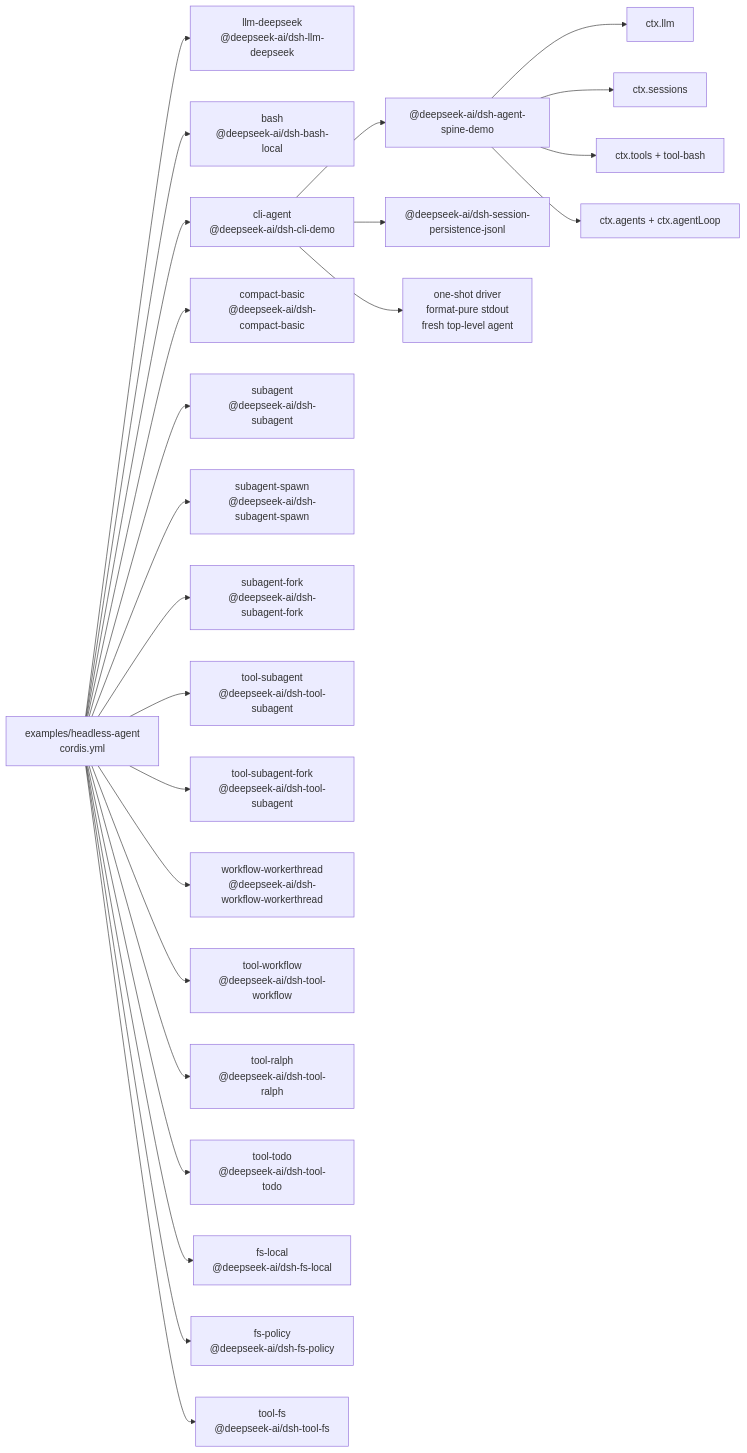
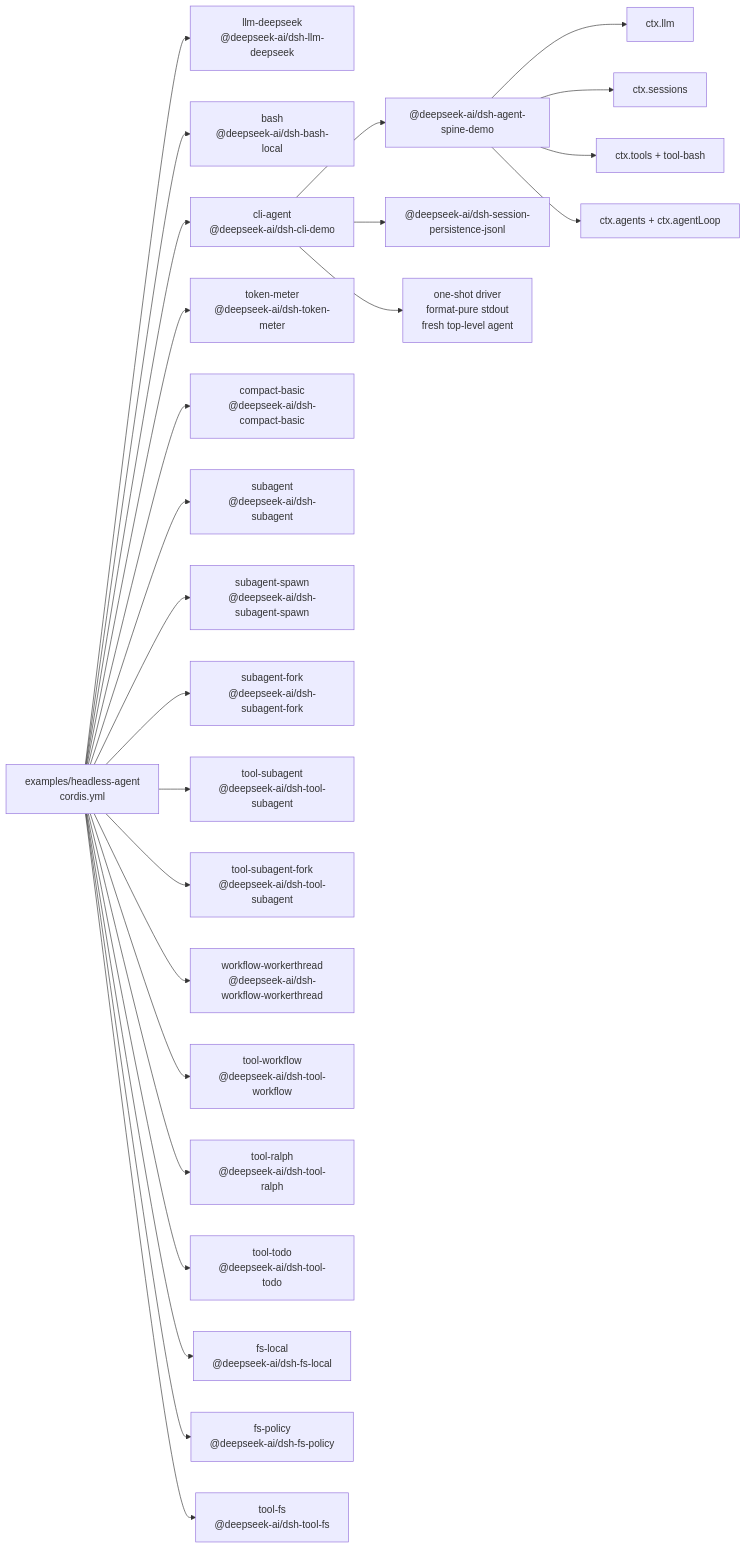
The diagram in examples/headless-agent/composition.md (eru123/coco-harness), drawn with Mermaid before and after one commit. The commit also changed other lines of this file and 56 other files, not shown here.

````diff
--- a/examples/headless-agent/composition.md
+++ b/examples/headless-agent/composition.md
@@ -8,43 +8,45 @@
 ```mermaid
 flowchart LR
   cfg["examples/headless-agent<br/>cordis.yml"]
   plugin_headless_llm_deepseek["llm-deepseek<br/>@deepseek-ai/dsh-llm-deepseek"]
   cfg --> plugin_headless_llm_deepseek
   plugin_headless_bash["bash<br/>@deepseek-ai/dsh-bash-local"]
   cfg --> plugin_headless_bash
   plugin_headless_cli_agent["cli-agent<br/>@deepseek-ai/dsh-cli-demo"]
   cfg --> plugin_headless_cli_agent
   plugin_headless_cli_agent --> bundle_agent_core["@deepseek-ai/dsh-agent-spine-demo"]
   plugin_headless_cli_agent --> bundle_jsonl["@deepseek-ai/dsh-session-persistence-jsonl"]
   plugin_headless_cli_agent --> frontdoor_cli["one-shot driver<br/>format-pure stdout<br/>fresh top-level agent"]
   bundle_agent_core --> spine_llm["ctx.llm"]
   bundle_agent_core --> spine_sessions["ctx.sessions"]
   bundle_agent_core --> spine_tools["ctx.tools + tool-bash"]
   bundle_agent_core --> spine_loop["ctx.agents + ctx.agentLoop"]
+  plugin_headless_token_meter["token-meter<br/>@deepseek-ai/dsh-token-meter"]
+  cfg --> plugin_headless_token_meter
   plugin_headless_compact_basic["compact-basic<br/>@deepseek-ai/dsh-compact-basic"]
   cfg --> plugin_headless_compact_basic
   plugin_headless_subagent["subagent<br/>@deepseek-ai/dsh-subagent"]
   cfg --> plugin_headless_subagent
   plugin_headless_subagent_spawn["subagent-spawn<br/>@deepseek-ai/dsh-subagent-spawn"]
   cfg --> plugin_headless_subagent_spawn
   plugin_headless_subagent_fork["subagent-fork<br/>@deepseek-ai/dsh-subagent-fork"]
   cfg --> plugin_headless_subagent_fork
   plugin_headless_tool_subagent["tool-subagent<br/>@deepseek-ai/dsh-tool-subagent"]
   cfg --> plugin_headless_tool_subagent
   plugin_headless_tool_subagent_fork["tool-subagent-fork<br/>@deepseek-ai/dsh-tool-subagent"]
   cfg --> plugin_headless_tool_subagent_fork
   plugin_headless_workflow_workerthread["workflow-workerthread<br/>@deepseek-ai/dsh-workflow-workerthread"]
   cfg --> plugin_headless_workflow_workerthread
   plugin_headless_tool_workflow["tool-workflow<br/>@deepseek-ai/dsh-tool-workflow"]
   cfg --> plugin_headless_tool_workflow
   plugin_headless_tool_ralph["tool-ralph<br/>@deepseek-ai/dsh-tool-ralph"]
   cfg --> plugin_headless_tool_ralph
   plugin_headless_tool_todo["tool-todo<br/>@deepseek-ai/dsh-tool-todo"]
   cfg --> plugin_headless_tool_todo
   plugin_headless_fs_local["fs-local<br/>@deepseek-ai/dsh-fs-local"]
   cfg --> plugin_headless_fs_local
   plugin_headless_fs_policy["fs-policy<br/>@deepseek-ai/dsh-fs-policy"]
   cfg --> plugin_headless_fs_policy
   plugin_headless_tool_fs["tool-fs<br/>@deepseek-ai/dsh-tool-fs"]
   cfg --> plugin_headless_tool_fs
 ```
````
